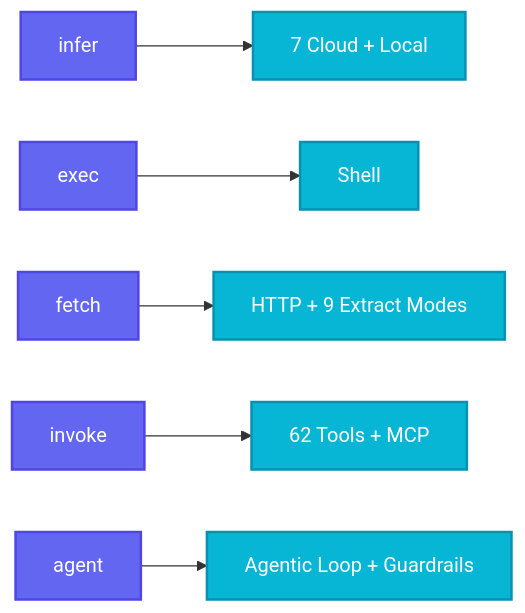
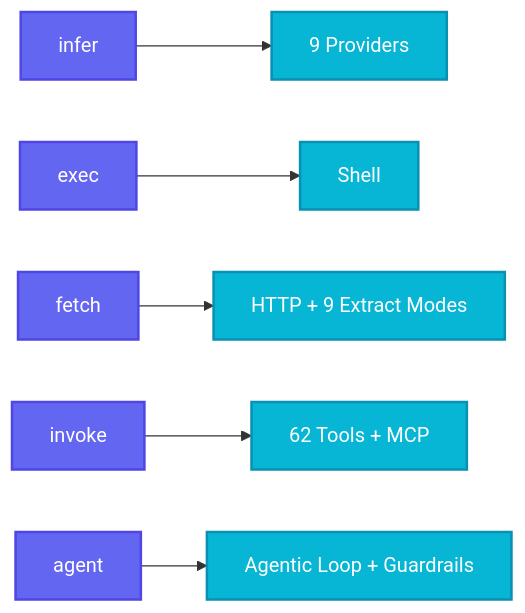
The first of 2 diagrams in README.md (supernovae-st/nika), drawn with Mermaid before and after one commit. The commit also changed other lines of this file, not shown here.

````diff
--- a/README.md
+++ b/README.md
@@ -113,11 +117,11 @@
 ```mermaid
 flowchart LR
     classDef verb fill:#6366f1,stroke:#4f46e5,stroke-width:2px,color:#fff
     classDef target fill:#06b6d4,stroke:#0891b2,stroke-width:2px,color:#fff
 
-    INFER[infer]:::verb --> LLM["7 Cloud + Local"]:::target
+    INFER[infer]:::verb --> LLM["9 Providers"]:::target
     EXEC[exec]:::verb --> SHELL[Shell]:::target
     FETCH[fetch]:::verb --> HTTP["HTTP + 9 Extract Modes"]:::target
     INVOKE[invoke]:::verb --> TOOLS["62 Tools + MCP"]:::target
     AGENT[agent]:::verb --> LOOP["Agentic Loop + Guardrails"]:::target
 ```
````
